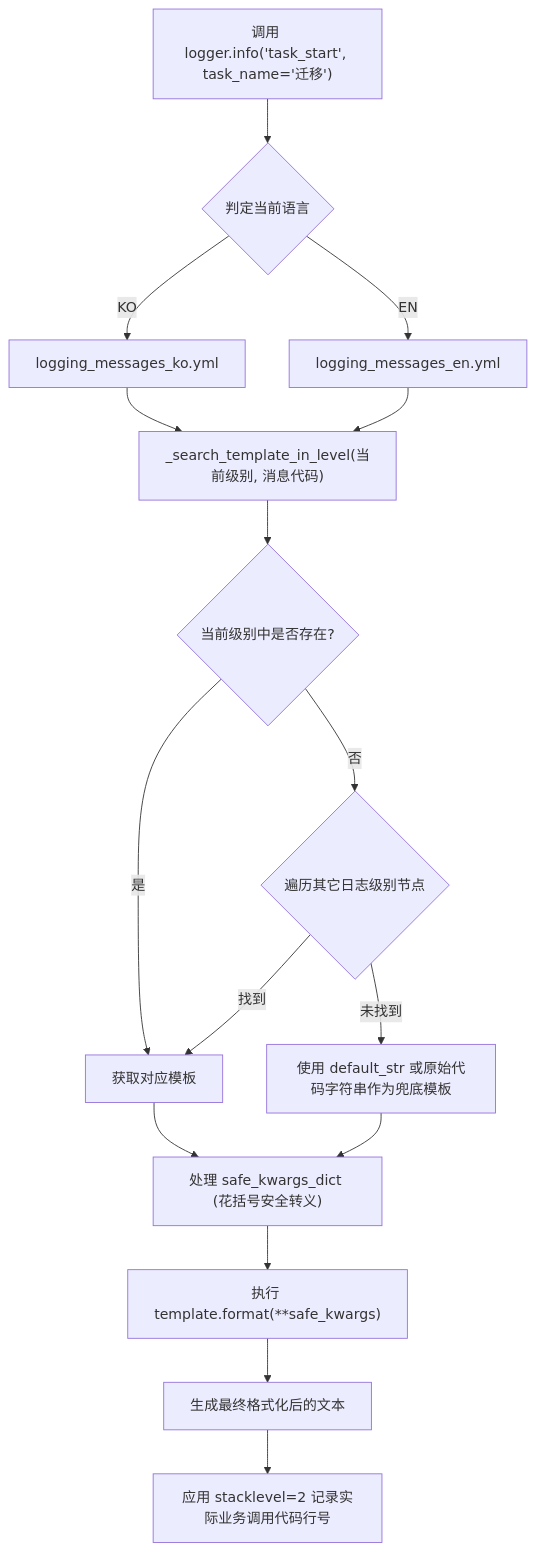
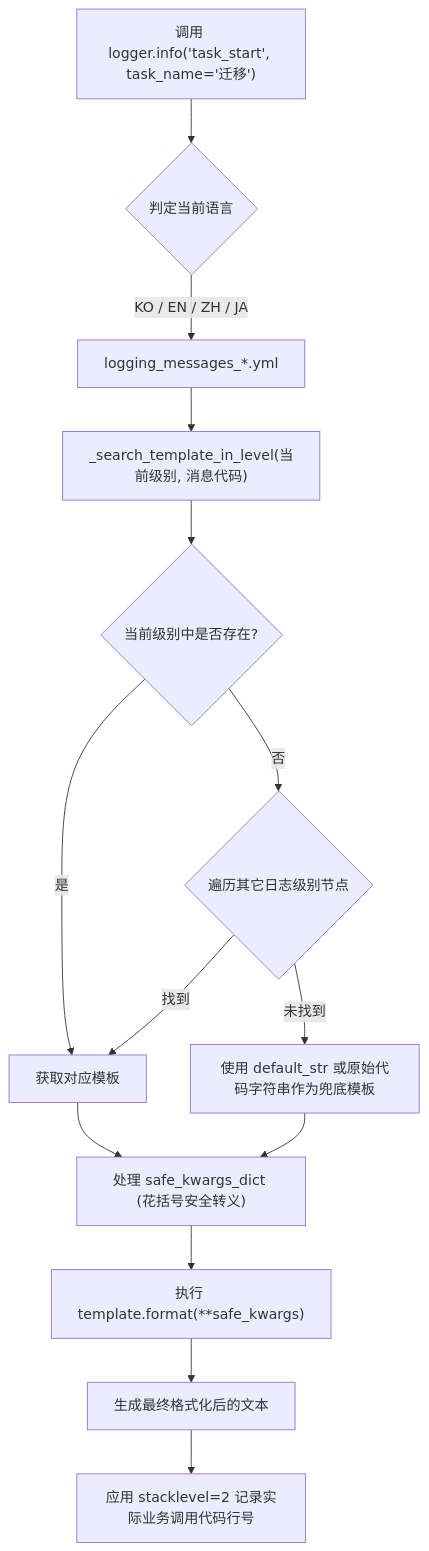
The diagram in manual/zh/logger/03_multilingual_message_catalog_zh.md (kampores/agent_common), drawn with Mermaid before and after one commit. The commit also changed other lines of this file and 120 other files, not shown here.

````diff
--- a/manual/zh/logger/03_multilingual_message_catalog_zh.md
+++ b/manual/zh/logger/03_multilingual_message_catalog_zh.md
@@ -23,20 +23,18 @@
 ```mermaid
 flowchart TD
     A["调用 logger.info('task_start', task_name='迁移')"] --> B{"判定当前语言"}
-    B -->|"KO"| C["logging_messages_ko.yml"]
-    B -->|"EN"| D["logging_messages_en.yml"]
+    B -->|"KO / EN / ZH / JA"| C["logging_messages_*.yml"]
     
     C --> E["_search_template_in_level(当前级别, 消息代码)"]
-    D --> E
     E --> F{"当前级别中是否存在?"}
     F -->|"是"| G["获取对应模板"]
     F -->|"否"| H{"遍历其它日志级别节点"}
     H -->|"找到"| G
     H -->|"未找到"| I["使用 default_str 或原始代码字符串作为兜底模板"]
     
     G --> J["处理 safe_kwargs_dict (花括号安全转义)"]
     I --> J
     J --> K["执行 template.format(**safe_kwargs)"]
     K --> L["生成最终格式化后的文本"]
     L --> M["应用 stacklevel=2 记录实际业务调用代码行号"]
 ```
````
